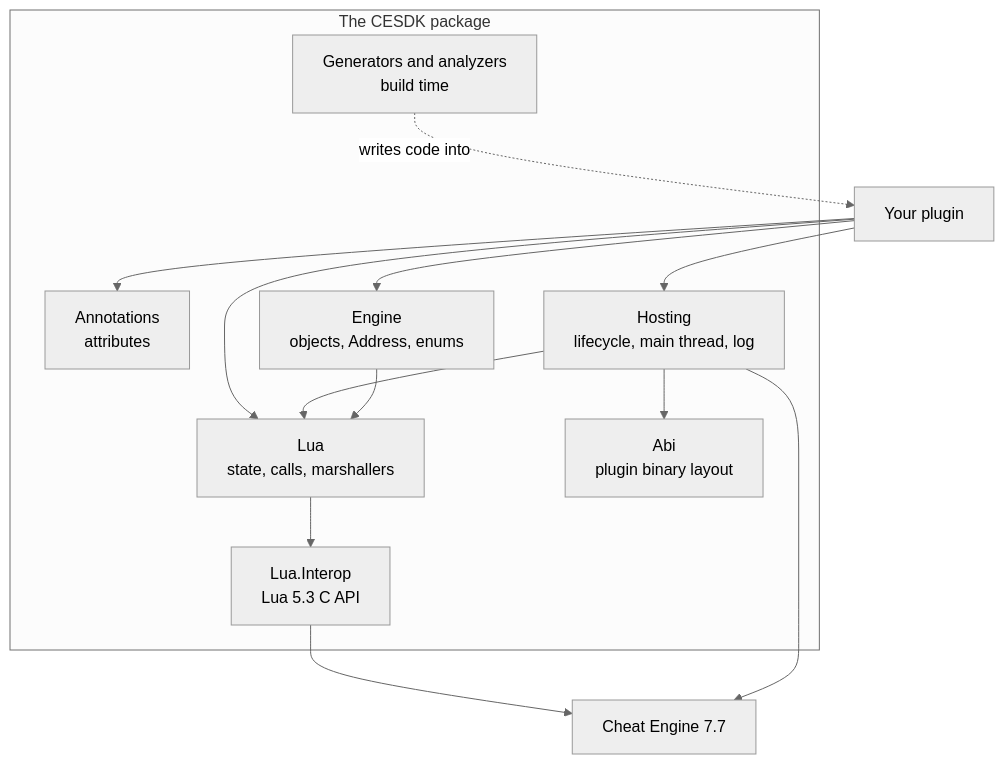
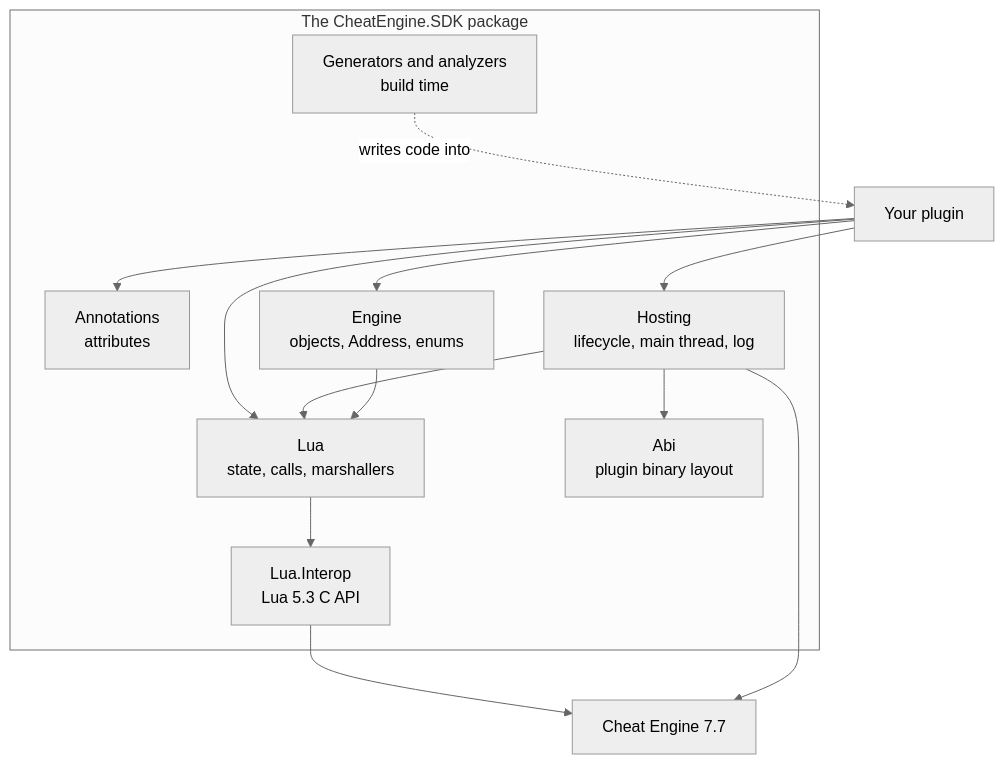
One commit to CheatEngineNet/CheatEngine.SDK changed the first of 2 diagrams in exemples/api/README.md. Above: the diagram before and after it, drawn with Mermaid (neutral theme). The commit also changed other lines of this file and 1116 other files, not shown here.

````diff
--- a/exemples/api/README.md
+++ b/exemples/api/README.md
@@ -25,25 +25,25 @@
 ```mermaid
 flowchart TB
     Plugin["Your plugin"]
-    subgraph SDK["The CESDK package"]
+    subgraph SDK["The CheatEngine.SDK package"]
         Gen["Generators and analyzers<br/>build time"]
         Annotations["Annotations<br/>attributes"]
         Hosting["Hosting<br/>lifecycle, main thread, log"]
         Engine["Engine<br/>objects, Address, enums"]
         Lua["Lua<br/>state, calls, marshallers"]
         Interop["Lua.Interop<br/>Lua 5.3 C API"]
         Abi["Abi<br/>plugin binary layout"]
     end
     CE["Cheat Engine 7.7"]
     Plugin --> Annotations
     Plugin --> Hosting
     Plugin --> Engine
     Plugin --> Lua
     Gen -. writes code into .-> Plugin
     Hosting --> Lua
     Engine --> Lua
     Lua --> Interop
     Hosting --> Abi
     Interop --> CE
     Hosting --> CE
 ```
````
